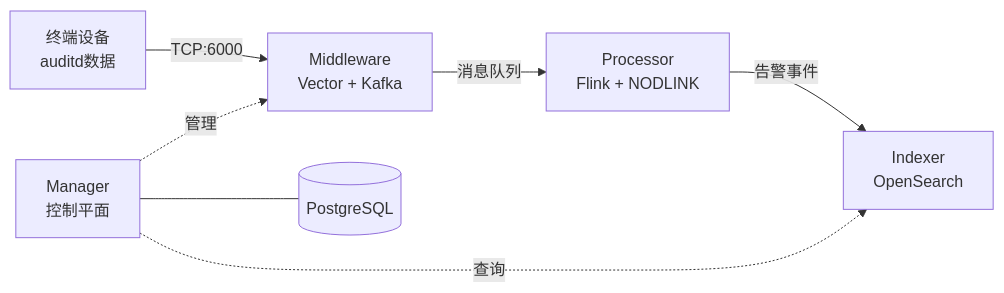
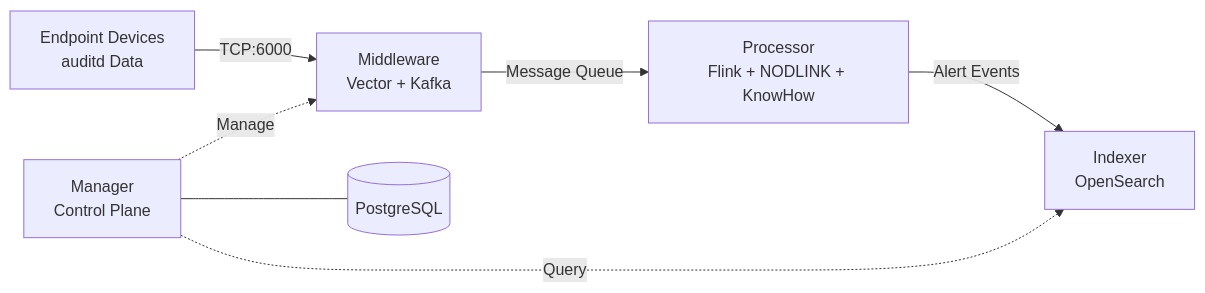
The diagram in README.md (PKU-ASAL/SystemX), drawn with Mermaid before and after one commit. The commit also changed other lines of this file, not shown here.

````diff
--- a/README.md
+++ b/README.md
@@ -8,9 +8,9 @@
 ```mermaid
 graph LR
-    A[终端设备<br/>auditd数据] -->|TCP:6000| B[Middleware<br/>Vector + Kafka]
-    B -->|消息队列| C[Processor<br/>Flink + NODLINK]
-    C -->|告警事件| D[Indexer<br/>OpenSearch]
-    E[Manager<br/>控制平面] -.->|管理| B
-    E -.->|查询| D
+    A[Endpoint Devices<br/>auditd Data] -->|TCP:6000| B[Middleware<br/>Vector + Kafka]
+    B -->|Message Queue| C[Processor<br/>Flink + NODLINK + KnowHow]
+    C -->|Alert Events| D[Indexer<br/>OpenSearch]
+    E[Manager<br/>Control Plane] -.->|Manage| B
+    E -.->|Query| D
     E --- F[(PostgreSQL)]
 ```
````
